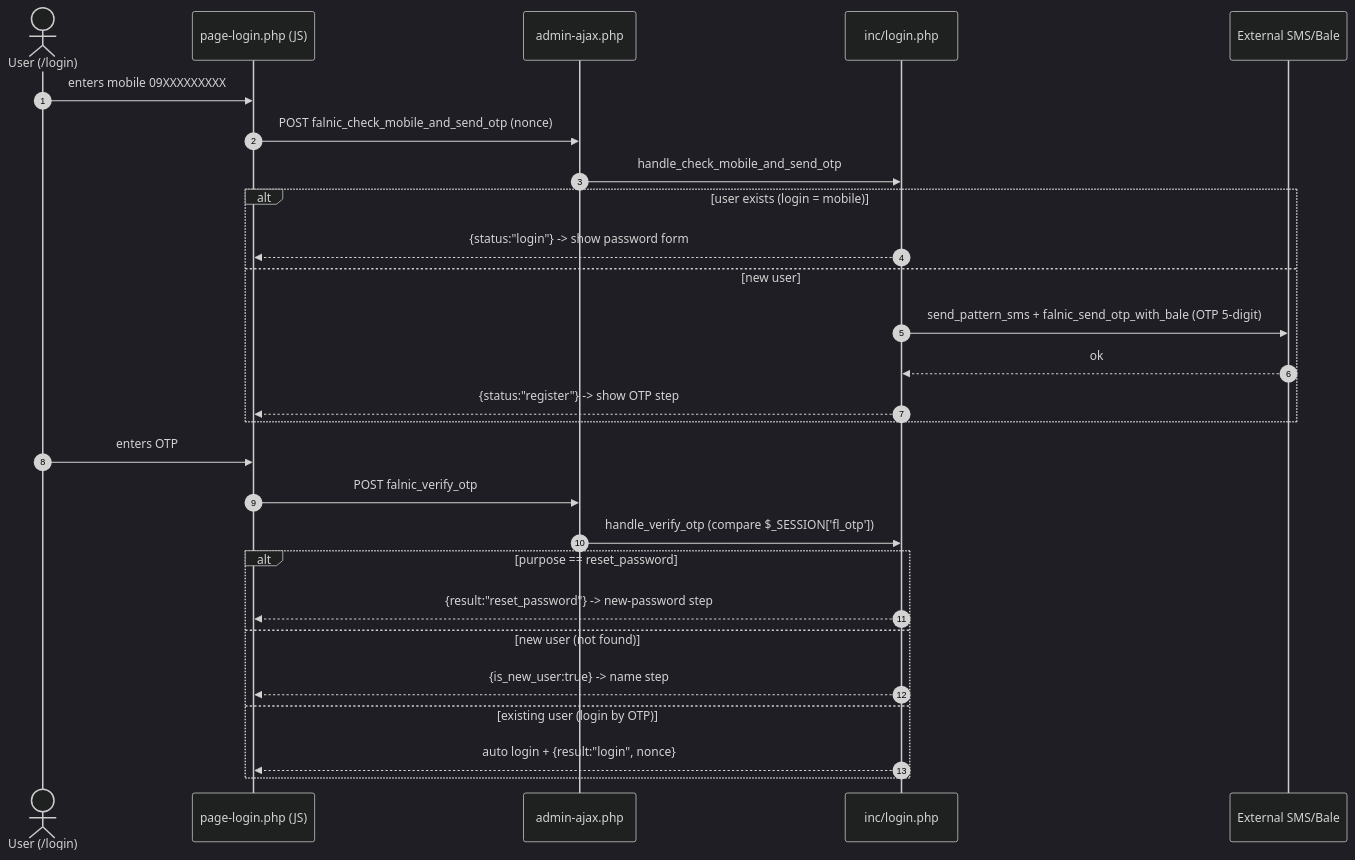
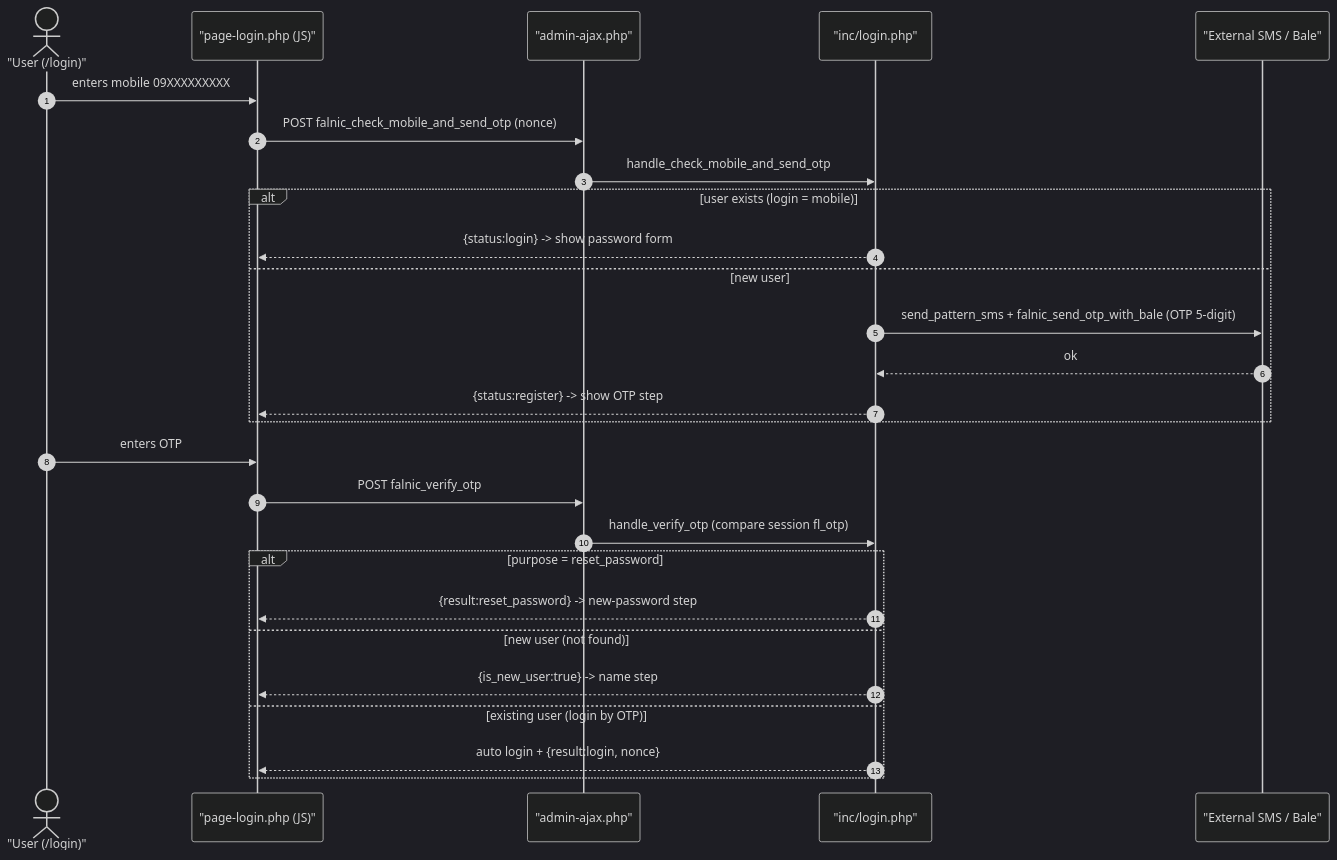
One commit to ahmad75naraghi/learndash-theme changed the third of 7 diagrams in ARCHITECTURE.md. Above: the diagram before and after it, drawn with Mermaid (dark theme). The commit also changed other lines of this file and 5 other files, not shown here.

````diff
--- a/ARCHITECTURE.md
+++ b/ARCHITECTURE.md
@@ -150,31 +150,31 @@
 ```mermaid
 sequenceDiagram
     autonumber
-    actor U as User (/login)
-    participant P as page-login.php (JS)
-    participant A as admin-ajax.php
-    participant S as inc/login.php
-    participant X as External SMS/Bale
+    actor U as "User (/login)"
+    participant P as "page-login.php (JS)"
+    participant A as "admin-ajax.php"
+    participant S as "inc/login.php"
+    participant X as "External SMS / Bale"
 
     U->>P: enters mobile 09XXXXXXXXX
     P->>A: POST falnic_check_mobile_and_send_otp (nonce)
     A->>S: handle_check_mobile_and_send_otp
     alt user exists (login = mobile)
-        S-->>P: {status:"login"} -> show password form
+        S-->>P: {status:login} -> show password form
     else new user
         S->>X: send_pattern_sms + falnic_send_otp_with_bale (OTP 5-digit)
         X-->>S: ok
-        S-->>P: {status:"register"} -> show OTP step
+        S-->>P: {status:register} -> show OTP step
     end
 
     U->>P: enters OTP
     P->>A: POST falnic_verify_otp
-    A->>S: handle_verify_otp (compare $_SESSION['fl_otp'])
-    alt purpose == reset_password
-        S-->>P: {result:"reset_password"} -> new-password step
+    A->>S: handle_verify_otp (compare session fl_otp)
+    alt purpose = reset_password
+        S-->>P: {result:reset_password} -> new-password step
     else new user (not found)
         S-->>P: {is_new_user:true} -> name step
     else existing user (login by OTP)
-        S-->>P: auto login + {result:"login", nonce}
+        S-->>P: auto login + {result:login, nonce}
     end
 ```
````
